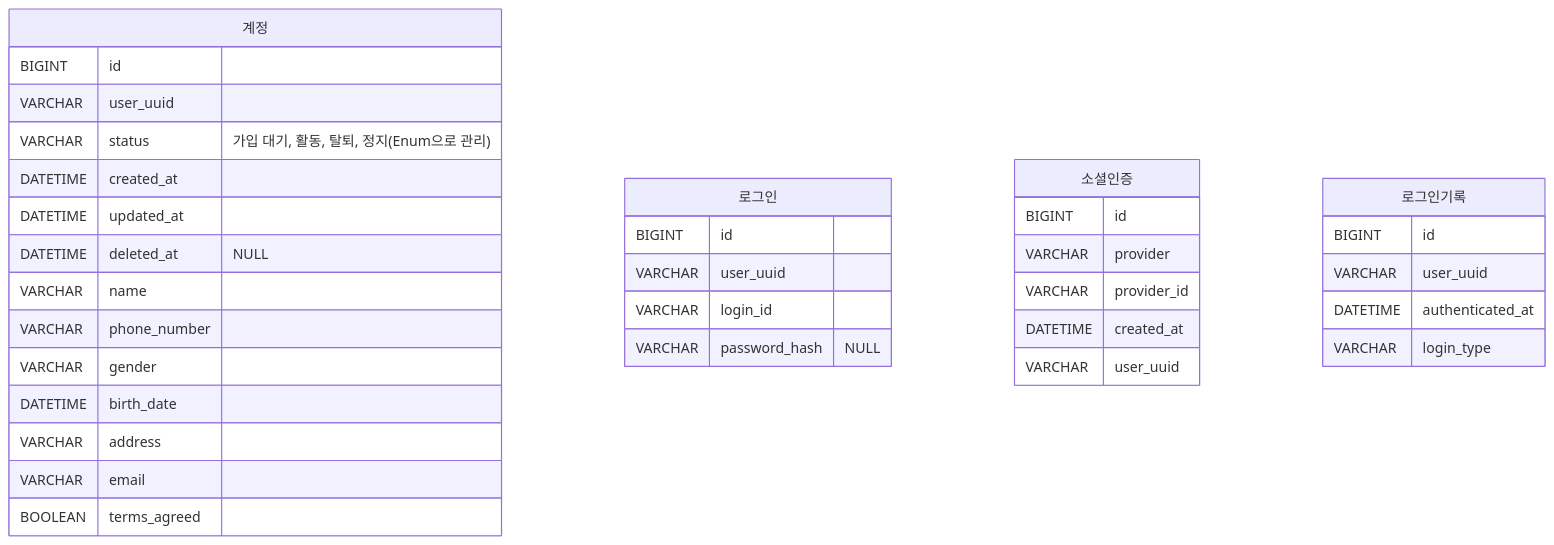
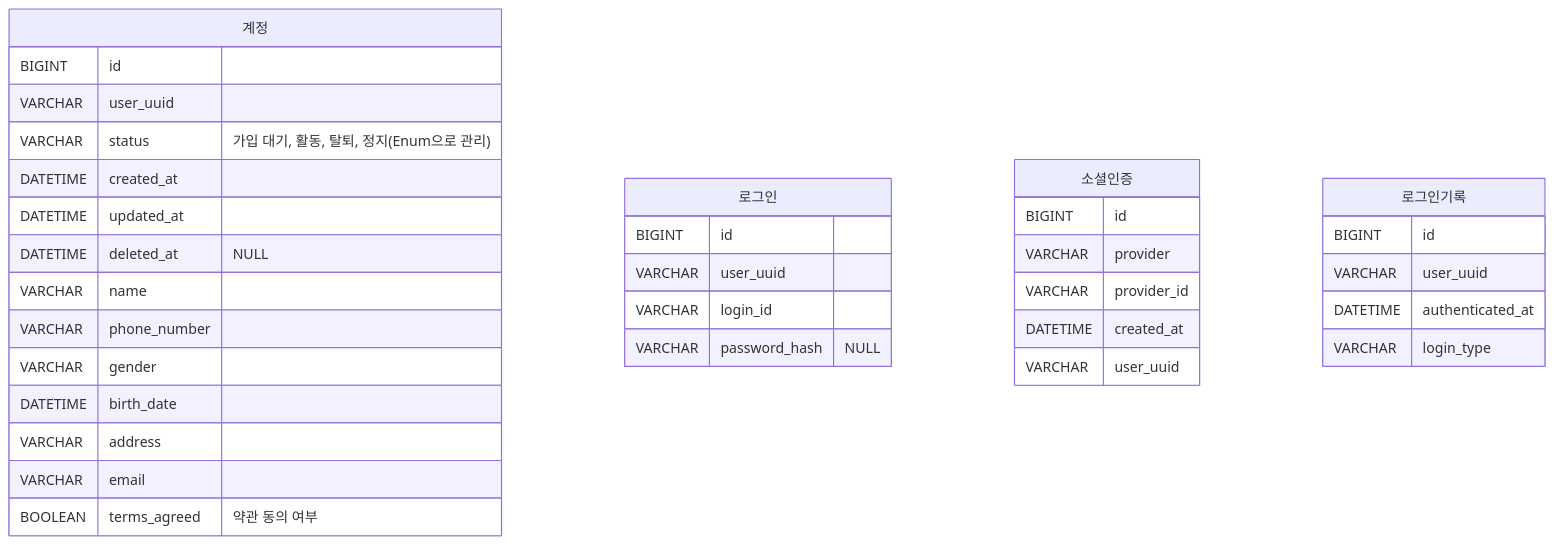
The first of 7 diagrams in docs/erd.md (louie-kury/louie-kury-document), drawn with Mermaid before and after one commit. The commit also changed other lines of this file and 2 other files, not shown here.

````diff
--- a/docs/erd.md
+++ b/docs/erd.md
@@ -41,37 +41,37 @@
 ```mermaid
 erDiagram
     "계정" {
         BIGINT id
         VARCHAR user_uuid
         VARCHAR status "가입 대기, 활동, 탈퇴, 정지(Enum으로 관리)"
         DATETIME created_at
         DATETIME updated_at
         DATETIME deleted_at "NULL"
         VARCHAR name
         VARCHAR phone_number
         VARCHAR gender
         DATETIME birth_date
         VARCHAR address
         VARCHAR email
-        BOOLEAN terms_agreed
+        BOOLEAN terms_agreed "약관 동의 여부"
     }
     "로그인" {
         BIGINT id
         VARCHAR user_uuid
         VARCHAR login_id
         VARCHAR password_hash "NULL"
     }
     "소셜인증" {
         BIGINT id
         VARCHAR provider
         VARCHAR provider_id
         DATETIME created_at
         VARCHAR user_uuid
     }
     "로그인기록" {
         BIGINT id
         VARCHAR user_uuid
         DATETIME authenticated_at
         VARCHAR login_type
     }
 ```
````
